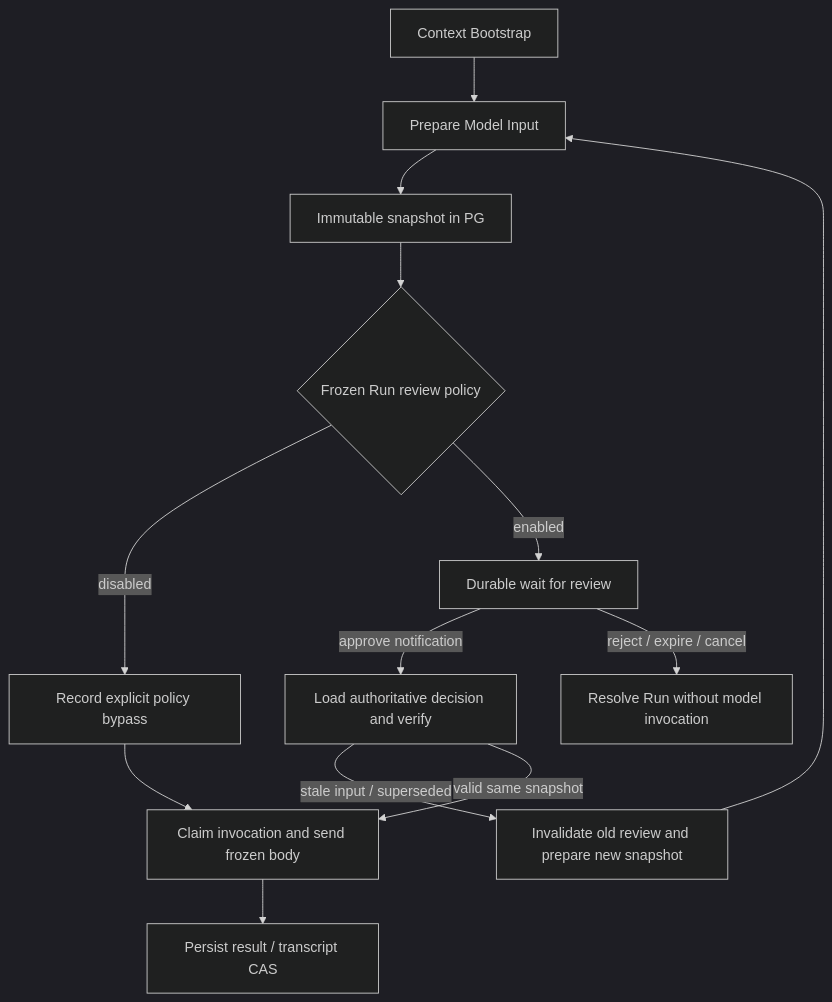
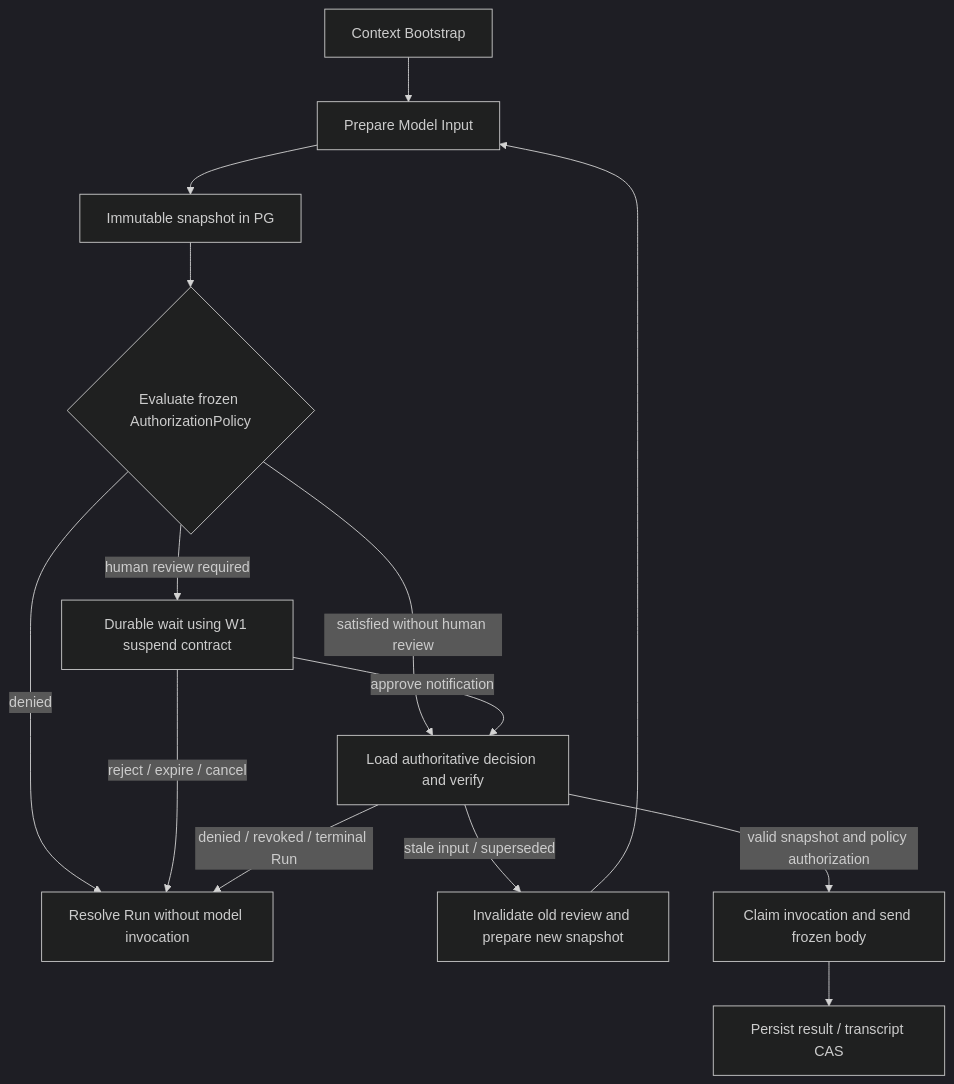
One commit to k1po9/HpAgent changed the diagram in artifacts/architecture-audit/phase2_2/06_model_input_review_contract.md. Above: the diagram before and after it, drawn with Mermaid (dark theme). The commit also changed other lines of this file and 15 other files, not shown here.

````diff
--- a/artifacts/architecture-audit/phase2_2/06_model_input_review_contract.md
+++ b/artifacts/architecture-audit/phase2_2/06_model_input_review_contract.md
@@ -44,15 +46,16 @@
 ```mermaid
 flowchart TD
     C[Context Bootstrap] --> P[Prepare Model Input]
     P --> S[Immutable snapshot in PG]
-    S --> MODE{Frozen Run review policy}
-    MODE -->|disabled| BY[Record explicit policy bypass]
-    MODE -->|enabled| WAIT[Durable wait for review]
-    WAIT -->|approve notification| CHECK[Load authoritative decision and verify]
-    WAIT -->|reject / expire / cancel| STOP[Resolve Run without model invocation]
+    S --> MODE{Evaluate frozen AuthorizationPolicy}
+    MODE -->|satisfied without human review| CHECK[Load authoritative decision and verify]
+    MODE -->|human review required| WAIT[Durable wait using W1 suspend contract]
+    MODE -->|denied| STOP[Resolve Run without model invocation]
+    WAIT -->|approve notification| CHECK
+    WAIT -->|reject / expire / cancel| STOP
     CHECK -->|stale input / superseded| NEW[Invalidate old review and prepare new snapshot]
     NEW --> P
-    CHECK -->|valid same snapshot| INV[Claim invocation and send frozen body]
-    BY --> INV
+    CHECK -->|denied / revoked / terminal Run| STOP
+    CHECK -->|valid snapshot and policy authorization| INV[Claim invocation and send frozen body]
     INV --> RES[Persist result / transcript CAS]
 ```
````
